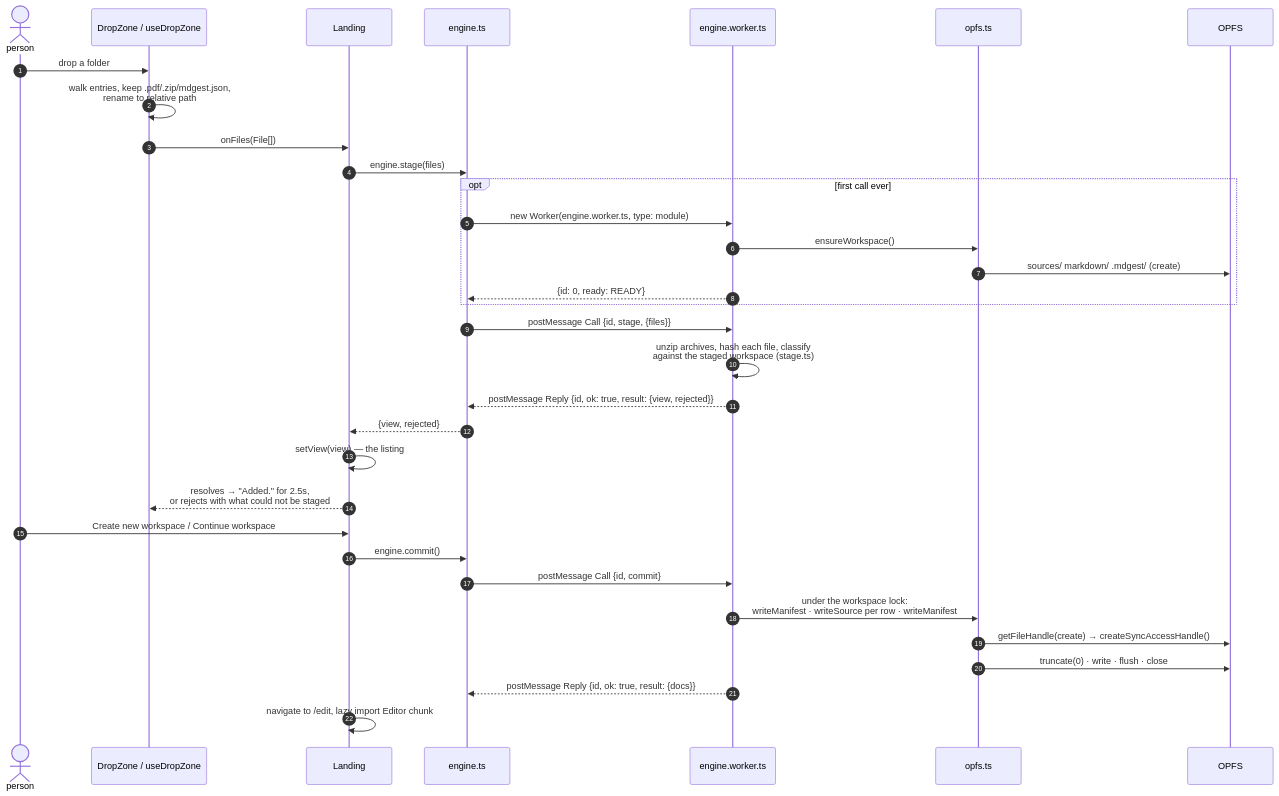
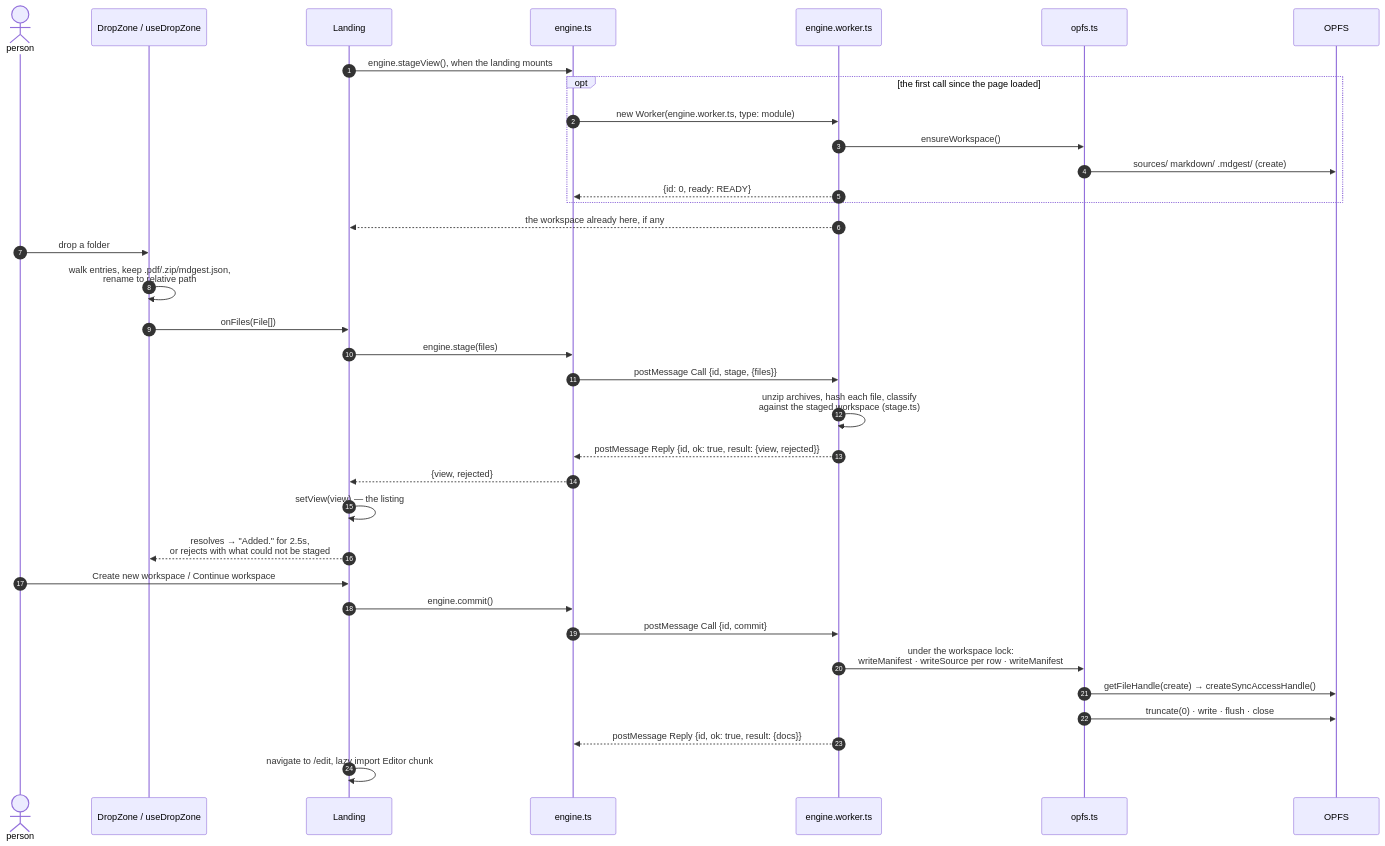
The second of 3 diagrams in docs/deployment.md (roest1/mdgest), drawn with Mermaid before and after one commit. The commit also changed other lines of this file and 5 other files, not shown here.

````diff
--- a/docs/deployment.md
+++ b/docs/deployment.md
@@ -144,38 +153,41 @@
 ```mermaid
 sequenceDiagram
     autonumber
     actor P as person
     participant DZ as DropZone / useDropZone
     participant LD as Landing
     participant EN as engine.ts
     participant WK as engine.worker.ts
     participant FS as opfs.ts
     participant O as OPFS
 
-    P->>DZ: drop a folder
-    DZ->>DZ: walk entries, keep .pdf/.zip/mdgest.json,<br/>rename to relative path
-    DZ->>LD: onFiles(File[])
-    LD->>EN: engine.stage(files)
+    LD->>EN: engine.stageView(), when the landing mounts
 
-    opt first call ever
+    opt the first call since the page loaded
         EN->>WK: new Worker(engine.worker.ts, type: module)
         WK->>FS: ensureWorkspace()
         FS->>O: sources/ markdown/ .mdgest/ (create)
         WK-->>EN: {id: 0, ready: READY}
     end
+
+    WK-->>LD: the workspace already here, if any
+    P->>DZ: drop a folder
+    DZ->>DZ: walk entries, keep .pdf/.zip/mdgest.json,<br/>rename to relative path
+    DZ->>LD: onFiles(File[])
+    LD->>EN: engine.stage(files)
 
     EN->>WK: postMessage Call {id, stage, {files}}
     WK->>WK: unzip archives, hash each file, classify<br/>against the staged workspace (stage.ts)
     WK-->>EN: postMessage Reply {id, ok: true, result: {view, rejected}}
     EN-->>LD: {view, rejected}
     LD->>LD: setView(view) — the listing
     LD-->>DZ: resolves → "Added." for 2.5s,<br/>or rejects with what could not be staged
     P->>LD: Create new workspace / Continue workspace
     LD->>EN: engine.commit()
     EN->>WK: postMessage Call {id, commit}
     WK->>FS: under the workspace lock:<br/>writeManifest · writeSource per row · writeManifest
     FS->>O: getFileHandle(create) → createSyncAccessHandle()
     FS->>O: truncate(0) · write · flush · close
     WK-->>EN: postMessage Reply {id, ok: true, result: {docs}}
     LD->>LD: navigate to /edit, lazy import Editor chunk
 ```
````
